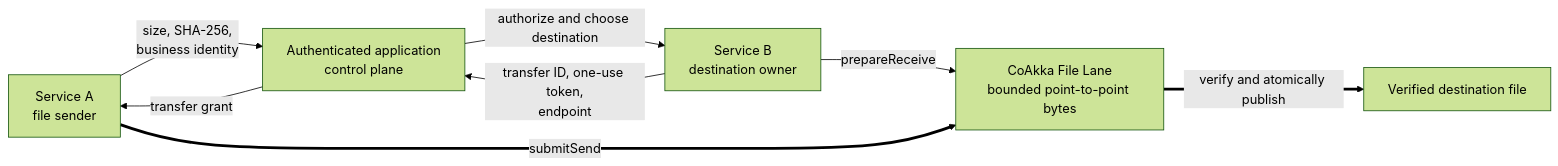
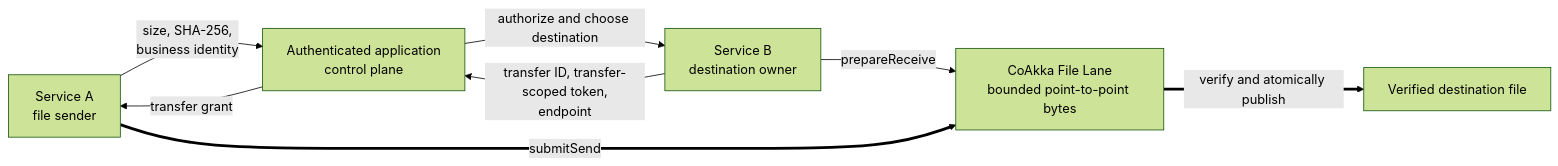
The first of 2 diagrams in docs/runtime-file-transfer.md (phuong-tran/coakka-publish), drawn with Mermaid (forest theme) before and after one commit. The commit also changed other lines of this file and 4 other files, not shown here.

````diff
--- a/docs/runtime-file-transfer.md
+++ b/docs/runtime-file-transfer.md
@@ -11,16 +11,16 @@
 ```mermaid
 flowchart LR
     A["Service A<br/>file sender"]
     B["Service B<br/>destination owner"]
     C["Authenticated application<br/>control plane"]
     L["CoAkka File Lane<br/>bounded point-to-point bytes"]
     D["Verified destination file"]
 
     A -->|"size, SHA-256,<br/>business identity"| C
     C -->|"authorize and choose destination"| B
     B -->|"prepareReceive"| L
-    B -->|"transfer ID, one-use token,<br/>endpoint"| C
+    B -->|"transfer ID, transfer-scoped token,<br/>endpoint"| C
     C -->|"transfer grant"| A
     A ==>|"submitSend"| L
     L ==>|"verify and atomically publish"| D
 ```
````
